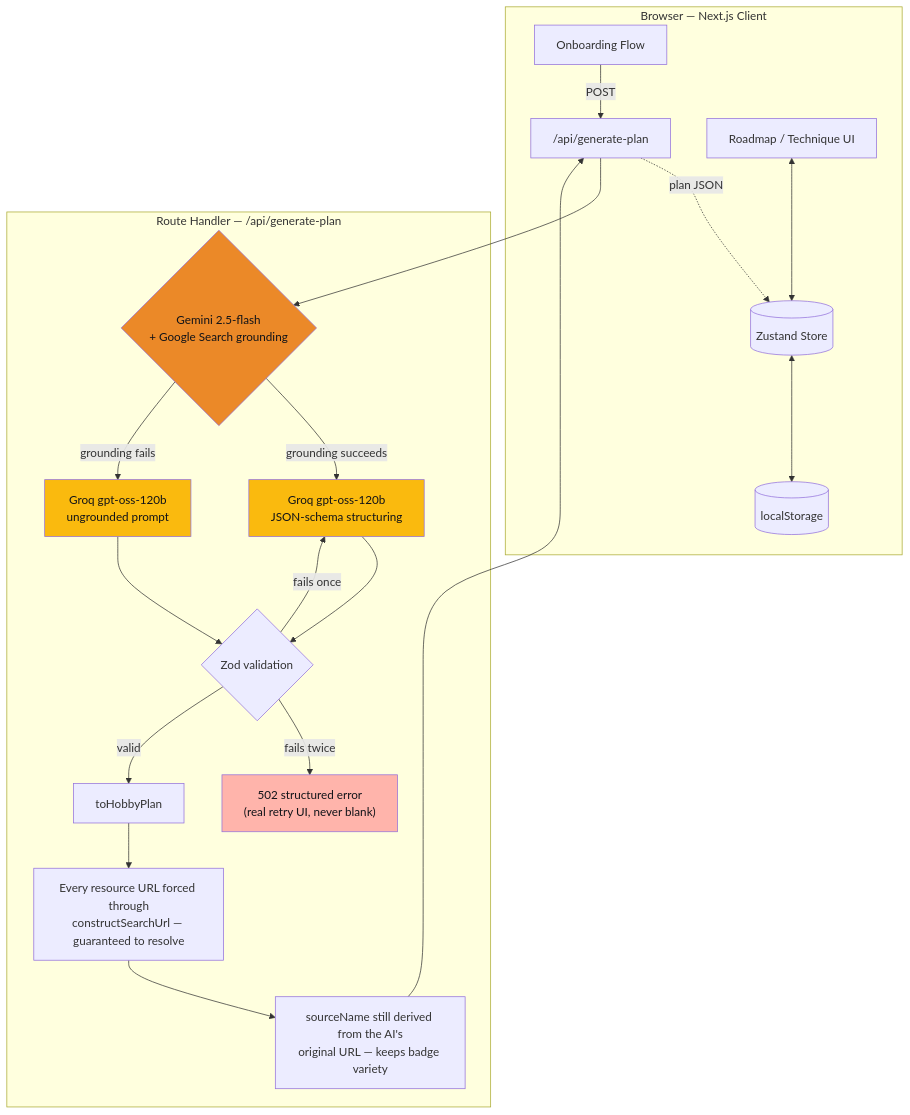
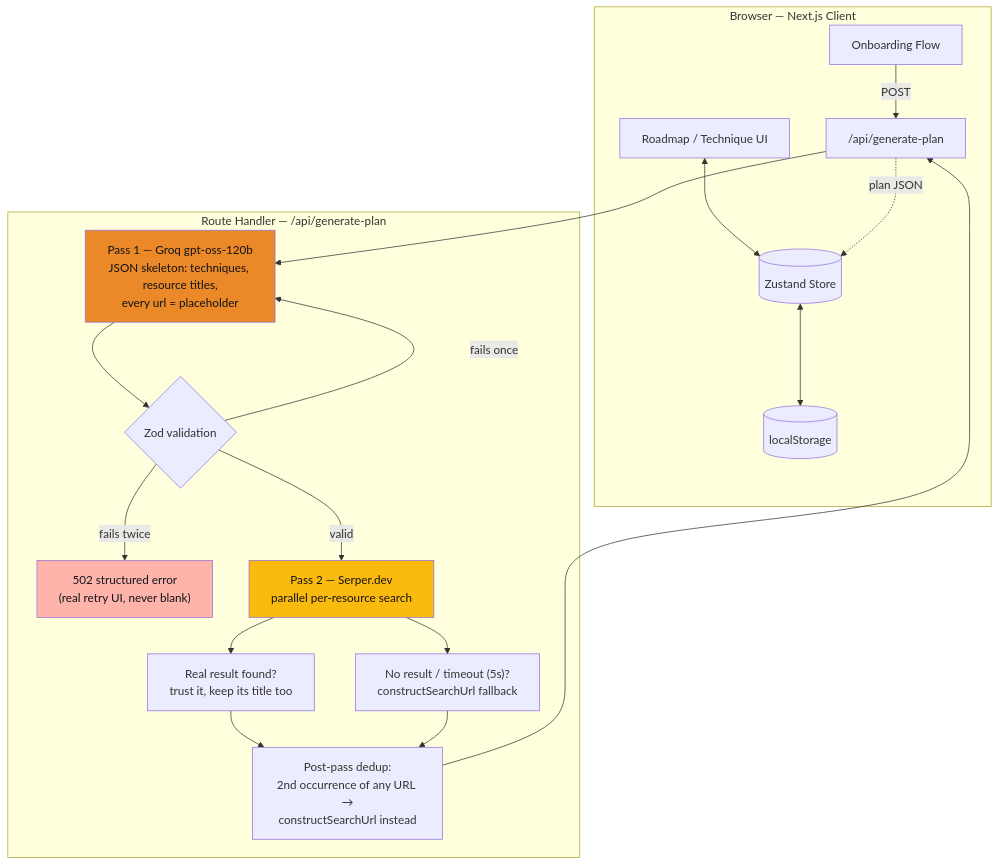
Before and after one commit to Mithurn/Whittle: the diagram in README.md, drawn with Mermaid. The commit also changed other lines of this file and 3 other files, not shown here.

````diff
--- a/README.md
+++ b/README.md
@@ -56,28 +56,26 @@
 ```mermaid
 graph TB
     subgraph Browser["Browser — Next.js Client"]
         A[Onboarding Flow] -->|POST| B["/api/generate-plan"]
         C[Roadmap / Technique UI] <--> D[(Zustand Store)]
         D <--> E[(localStorage)]
         B -.plan JSON.-> D
     end
 
     subgraph API["Route Handler — /api/generate-plan"]
-        B --> F{"Gemini 2.5-flash<br/>+ Google Search grounding"}
-        F -->|grounding succeeds| G["Groq gpt-oss-120b<br/>JSON-schema structuring"]
-        F -->|grounding fails| H["Groq gpt-oss-120b<br/>ungrounded prompt"]
-        G --> I{Zod validation}
-        H --> I
-        I -->|fails once| G
-        I -->|fails twice| J["502 structured error<br/>(real retry UI, never blank)"]
-        I -->|valid| K[toHobbyPlan]
-        K --> L["Every resource URL forced through<br/>constructSearchUrl — guaranteed to resolve"]
-        L --> M["sourceName still derived from the AI's<br/>original URL — keeps badge variety"]
-        M --> B
+        B --> F["Pass 1 — Groq gpt-oss-120b<br/>JSON skeleton: techniques, resource titles,<br/>every url = placeholder"]
+        F --> G{Zod validation}
+        G -->|fails once| F
+        G -->|fails twice| H["502 structured error<br/>(real retry UI, never blank)"]
+        G -->|valid| I["Pass 2 — Serper.dev<br/>parallel per-resource search"]
+        I --> J["Real result found?<br/>trust it, keep its title too"]
+        I --> K["No result / timeout (5s)?<br/>constructSearchUrl fallback"]
+        J --> L["Post-pass dedup:<br/>2nd occurrence of any URL →<br/>constructSearchUrl instead"]
+        K --> L
+        L --> B
     end
 
     style F fill:#EB8928,color:#111318
-    style G fill:#FABA0E,color:#111318
-    style H fill:#FABA0E,color:#111318
-    style J fill:#ffb4ab,color:#111318
+    style I fill:#FABA0E,color:#111318
+    style H fill:#ffb4ab,color:#111318
 ```
````
